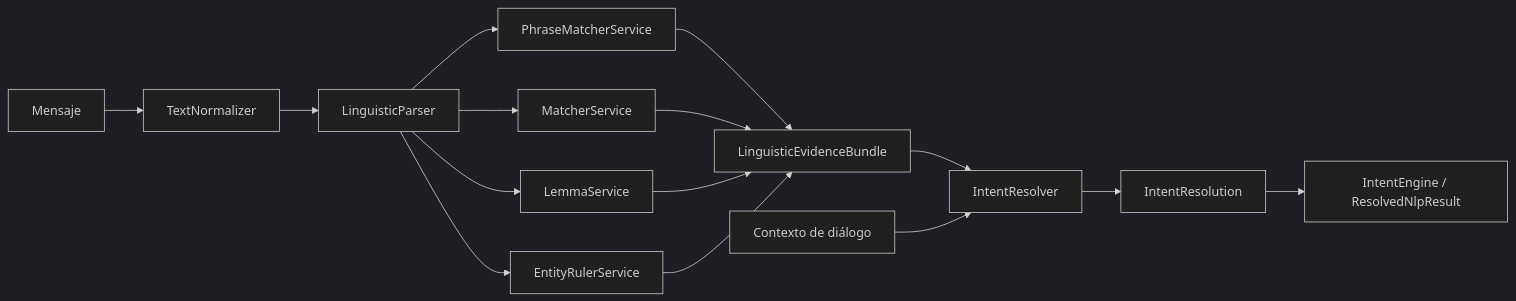
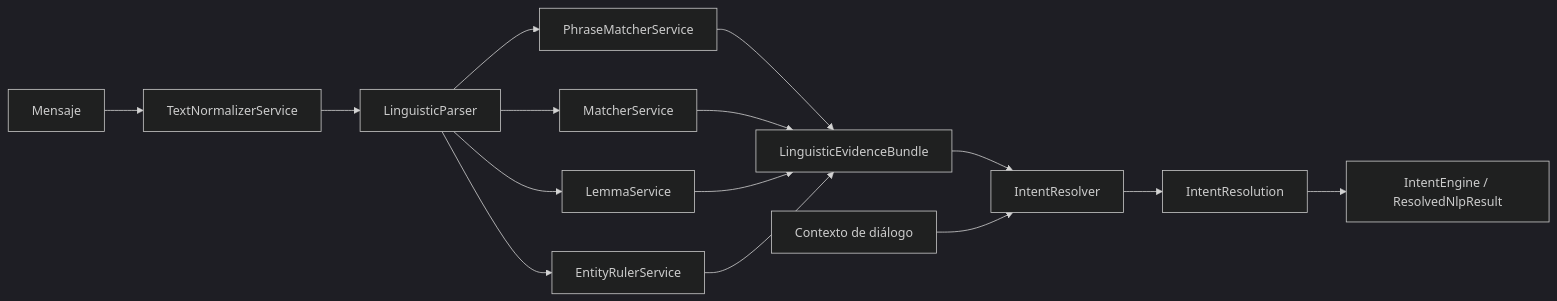
One commit to fomoro/Spacy changed the diagram in fases/core_nlp_engine_sm/arquitectura.md. Above: the diagram before and after it, drawn with Mermaid (dark theme). The commit also changed other lines of this file and 51 other files, not shown here.

````diff
--- a/fases/core_nlp_engine_sm/arquitectura.md
+++ b/fases/core_nlp_engine_sm/arquitectura.md
@@ -7,17 +7,17 @@
 ```mermaid
 flowchart LR
-    A[Mensaje] --> B[TextNormalizer]
+    A[Mensaje] --> B[TextNormalizerService]
     B --> C[LinguisticParser]
     C --> D[PhraseMatcherService]
     C --> E[MatcherService]
     C --> F[LemmaService]
     C --> G[EntityRulerService]
     D --> H[LinguisticEvidenceBundle]
     E --> H
     F --> H
     G --> H
     H --> I[IntentResolver]
     J[Contexto de diálogo] --> I
     I --> K[IntentResolution]
     K --> L[IntentEngine / ResolvedNlpResult]
 ```
````
